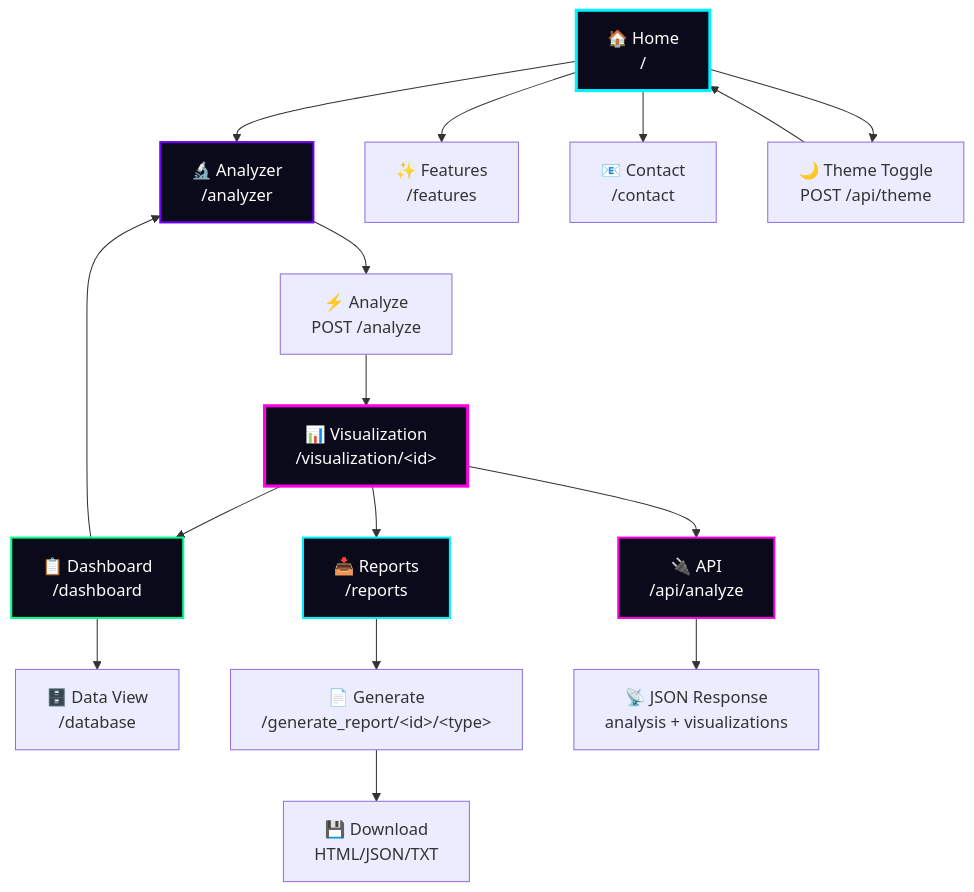
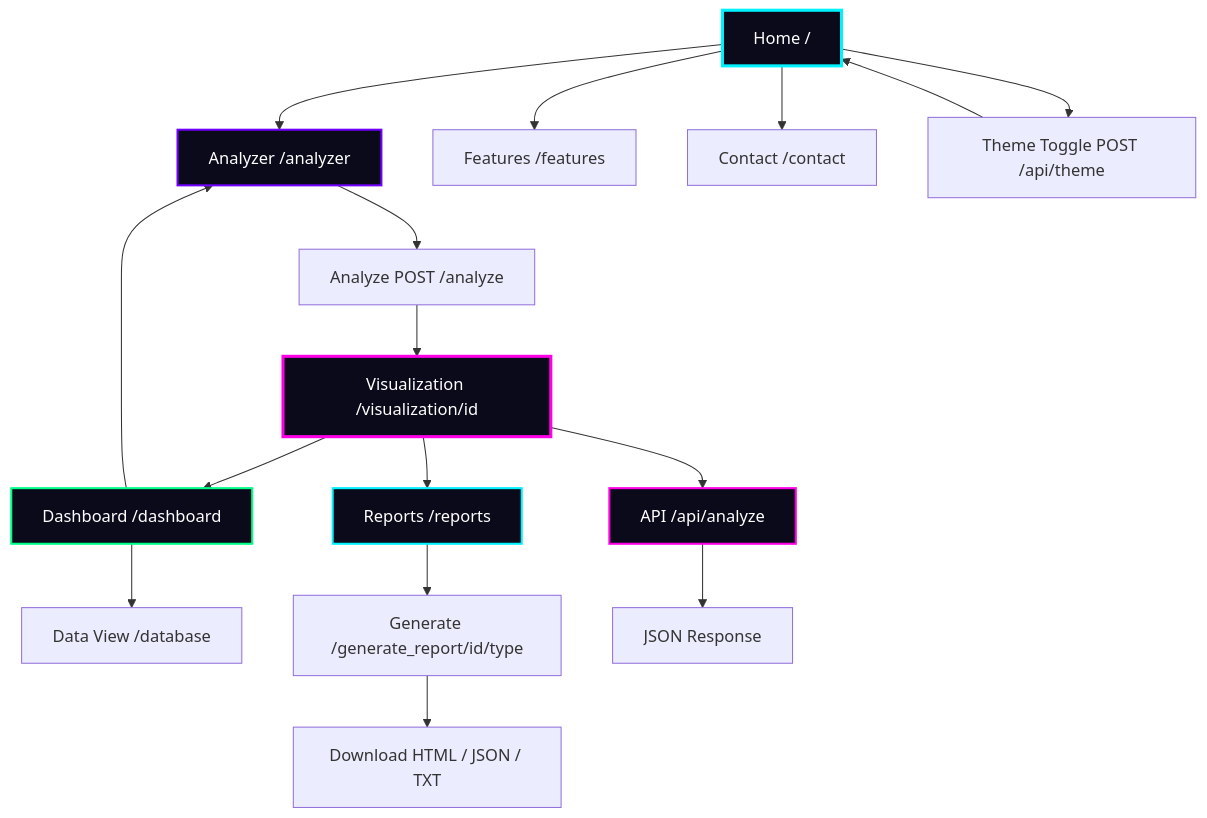
Diagram 14 of 21 in README.md (issu321/Programming-Visualization), drawn with Mermaid before and after one commit. The commit also changed other lines of this file, not shown here.

````diff
--- a/README.md
+++ b/README.md
@@ -1218,31 +1097,37 @@
 ```mermaid
 flowchart TD
-    HOME["🏠 Home<br/>/"] --> ANALYZER["🔬 Analyzer<br/>/analyzer"]
-    HOME --> FEATURES["✨ Features<br/>/features"]
-    HOME --> CONTACT["📧 Contact<br/>/contact"]
+    HOME["Home /"] --> ANALYZER["Analyzer /analyzer"]
+    HOME --> FEATURES["Features /features"]
+    HOME --> CONTACT["Contact /contact"]
 
-    ANALYZER --> ANALYZE["⚡ Analyze<br/>POST /analyze"]
-    ANALYZE --> VISUALIZATION["📊 Visualization<br/>/visualization/&lt;id&gt;"]
+    ANALYZER --> ANALYZE["Analyze POST /analyze"]
+    ANALYZE --> VISUALIZATION["Visualization /visualization/id"]
 
-    VISUALIZATION --> DASHBOARD["📋 Dashboard<br/>/dashboard"]
-    VISUALIZATION --> REPORTS["📥 Reports<br/>/reports"]
-    VISUALIZATION --> API["🔌 API<br/>/api/analyze"]
+    VISUALIZATION --> DASHBOARD["Dashboard /dashboard"]
+    VISUALIZATION --> REPORTS["Reports /reports"]
+    VISUALIZATION --> API["API /api/analyze"]
 
-    DASHBOARD --> DATABASE["🗄️ Data View<br/>/database"]
+    DASHBOARD --> DATABASE["Data View /database"]
     DASHBOARD --> ANALYZER
 
-    REPORTS --> GENERATE["📄 Generate<br/>/generate_report/&lt;id&gt;/&lt;type&gt;"]
-    GENERATE --> DOWNLOAD["💾 Download<br/>HTML/JSON/TXT"]
+    REPORTS --> GENERATE["Generate /generate_report/id/type"]
+    GENERATE --> DOWNLOAD["Download HTML / JSON / TXT"]
 
-    API --> JSON_RESPONSE["📡 JSON Response<br/>analysis + visualizations"]
+    API --> JSON_RESPONSE["JSON Response"]
 
-    HOME --> THEME["🌙 Theme Toggle<br/>POST /api/theme"]
+    HOME --> THEME["Theme Toggle POST /api/theme"]
     THEME --> HOME
 
-    style HOME fill:#0a0a1a,stroke:#00f2ff,stroke-width:3px,color:#fff
-    style ANALYZER fill:#0a0a1a,stroke:#7000ff,stroke-width:2px,color:#fff
-    style VISUALIZATION fill:#0a0a1a,stroke:#ff00e6,stroke-width:3px,color:#fff
-    style DASHBOARD fill:#0a0a1a,stroke:#00ff88,stroke-width:2px,color:#fff
-    style REPORTS fill:#0a0a1a,stroke:#00f2ff,stroke-width:2px,color:#fff
-    style API fill:#0a0a1a,stroke:#ff00e6,stroke-width:2px,color:#fff
+    classDef home fill:#0a0a1a,stroke:#00f2ff,stroke-width:3px,color:#fff
+    classDef analyzer fill:#0a0a1a,stroke:#7000ff,stroke-width:2px,color:#fff
+    classDef viz fill:#0a0a1a,stroke:#ff00e6,stroke-width:3px,color:#fff
+    classDef dash fill:#0a0a1a,stroke:#00ff88,stroke-width:2px,color:#fff
+    classDef reports fill:#0a0a1a,stroke:#00f2ff,stroke-width:2px,color:#fff
+    classDef api fill:#0a0a1a,stroke:#ff00e6,stroke-width:2px,color:#fff
+    class HOME home
+    class ANALYZER analyzer
+    class VISUALIZATION viz
+    class DASHBOARD dash
+    class REPORTS reports
+    class API api
 ```
````
